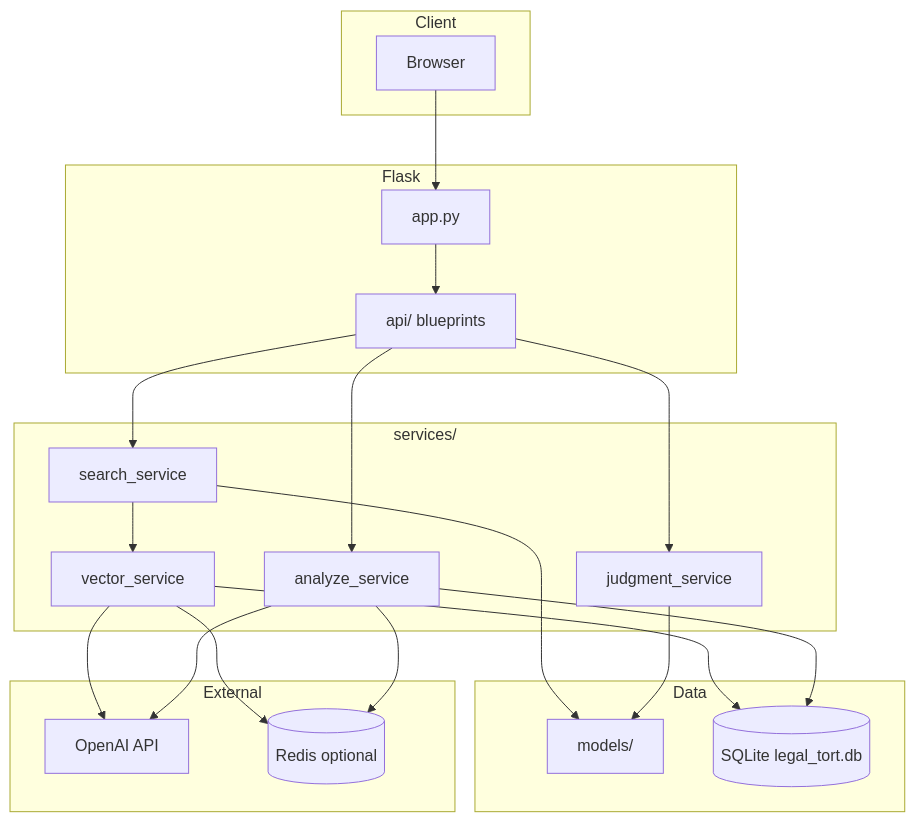
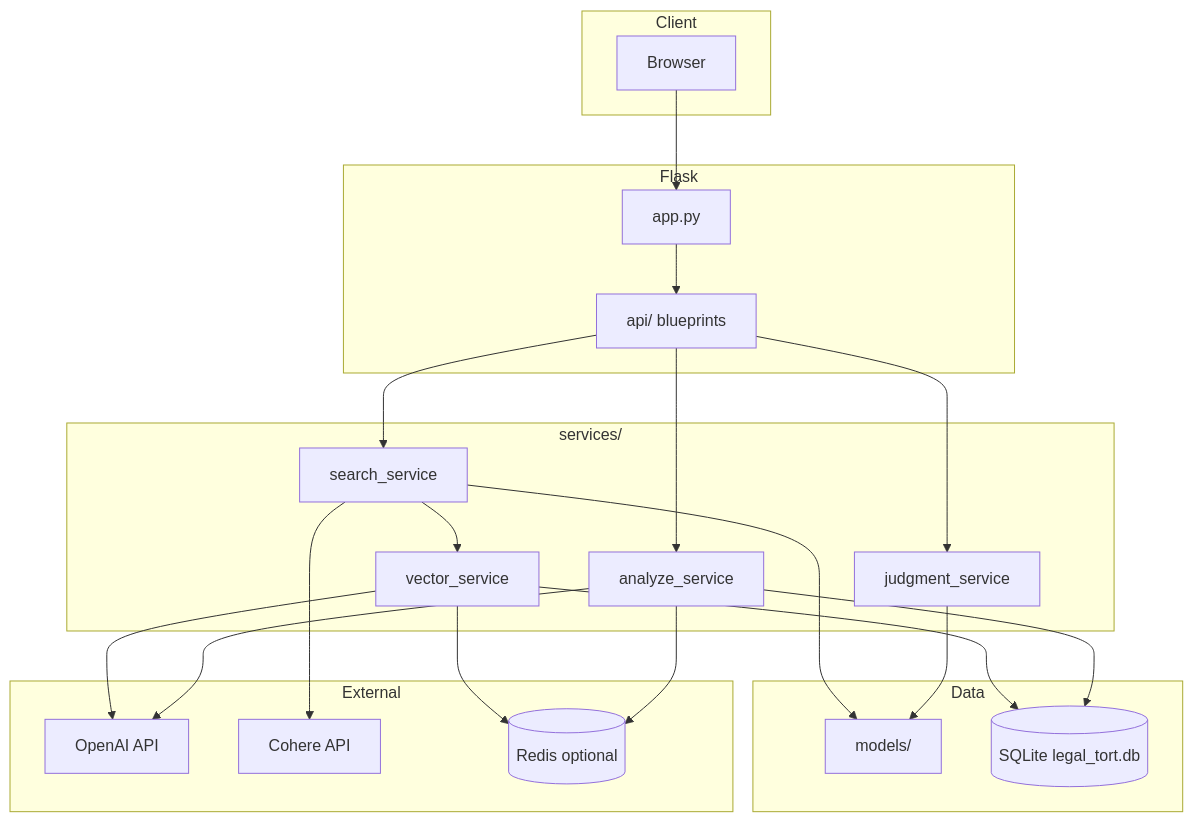
Before and after one commit to yenwen825/legal-rag-tort: the first of 3 diagrams in README.md, drawn with Mermaid. The commit also changed other lines of this file, not shown here.

Commit message:
docs: document Cohere rerank in README architecture and setup

````diff
--- a/README.md
+++ b/README.md
@@ -92,38 +93,40 @@
 ```mermaid
 flowchart TB
     subgraph Client["Client"]
         B[Browser]
     end
     subgraph Flask["Flask"]
         APP[app.py]
         API["api/  blueprints"]
     end
     subgraph Svc["services/"]
         SS[search_service]
         VS[vector_service]
         AS[analyze_service]
         JS[judgment_service]
     end
     subgraph Data["Data"]
         MD[models/]
         DB[(SQLite legal_tort.db)]
     end
     subgraph Ext["External"]
         OAI[OpenAI API]
+        COH[Cohere API]
         RD[(Redis optional)]
     end
     B --> APP
     APP --> API
     API --> SS
     API --> AS
     API --> JS
     SS --> VS
+    SS --> COH
     SS --> MD
     VS --> DB
     VS --> OAI
     VS --> RD
     AS --> DB
     AS --> OAI
     AS --> RD
     JS --> MD
 ```
````
